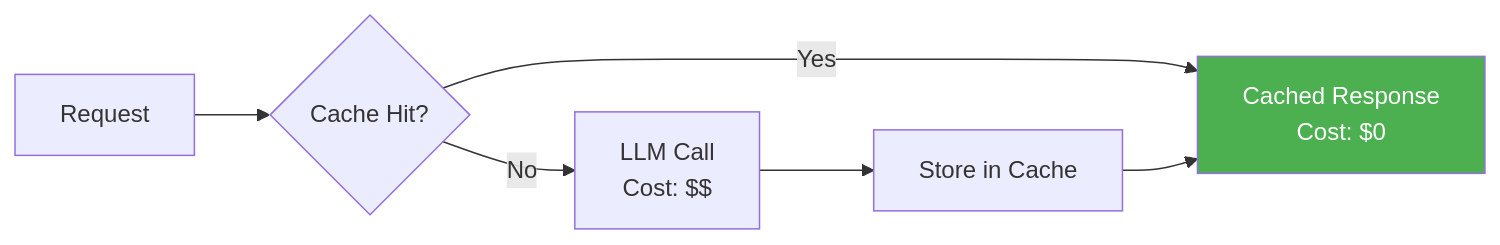
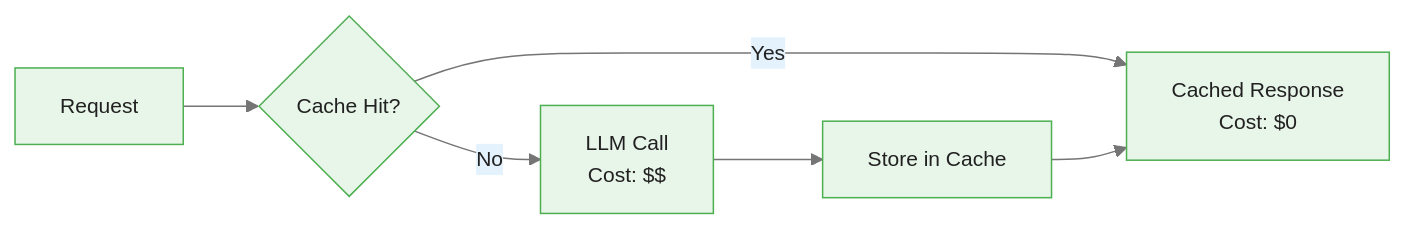
One commit to m-deane/course-creator changed the fifth of 5 diagrams in courses/dataiku-genai/modules/module_03_custom/guides/02_custom_models_slides.md. Above: the diagram before and after it, drawn with Mermaid. The commit also changed other lines of this file and 54 other files, not shown here.

````diff
--- a/courses/dataiku-genai/modules/module_03_custom/guides/02_custom_models_slides.md
+++ b/courses/dataiku-genai/modules/module_03_custom/guides/02_custom_models_slides.md
@@ -439,10 +440,9 @@
 ```mermaid
+%%{init: {"theme": "base", "themeVariables": {"primaryColor": "#e8f5e9", "primaryBorderColor": "#4caf50", "primaryTextColor": "#212121", "secondaryColor": "#e3f2fd", "tertiaryColor": "#fff8e1", "lineColor": "#757575", "fontFamily": "Inter, sans-serif", "fontSize": "14px"}}}%%
 flowchart LR
     REQ[Request] --> CHK{Cache Hit?}
     CHK -->|Yes| RES[Cached Response<br/>Cost: $0]
     CHK -->|No| LLM[LLM Call<br/>Cost: $$]
     LLM --> STORE[Store in Cache]
     STORE --> RES
-
-    style RES fill:#4CAF50,color:#fff
 ```
````
